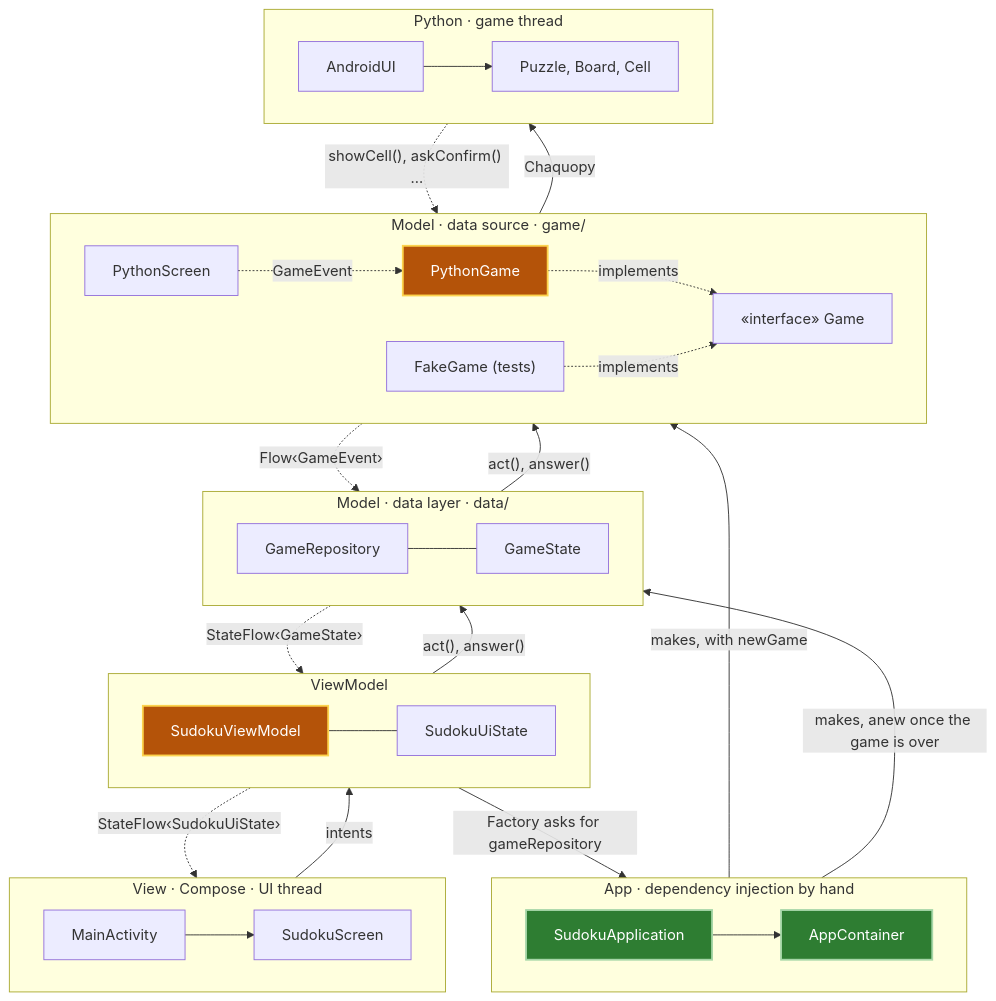
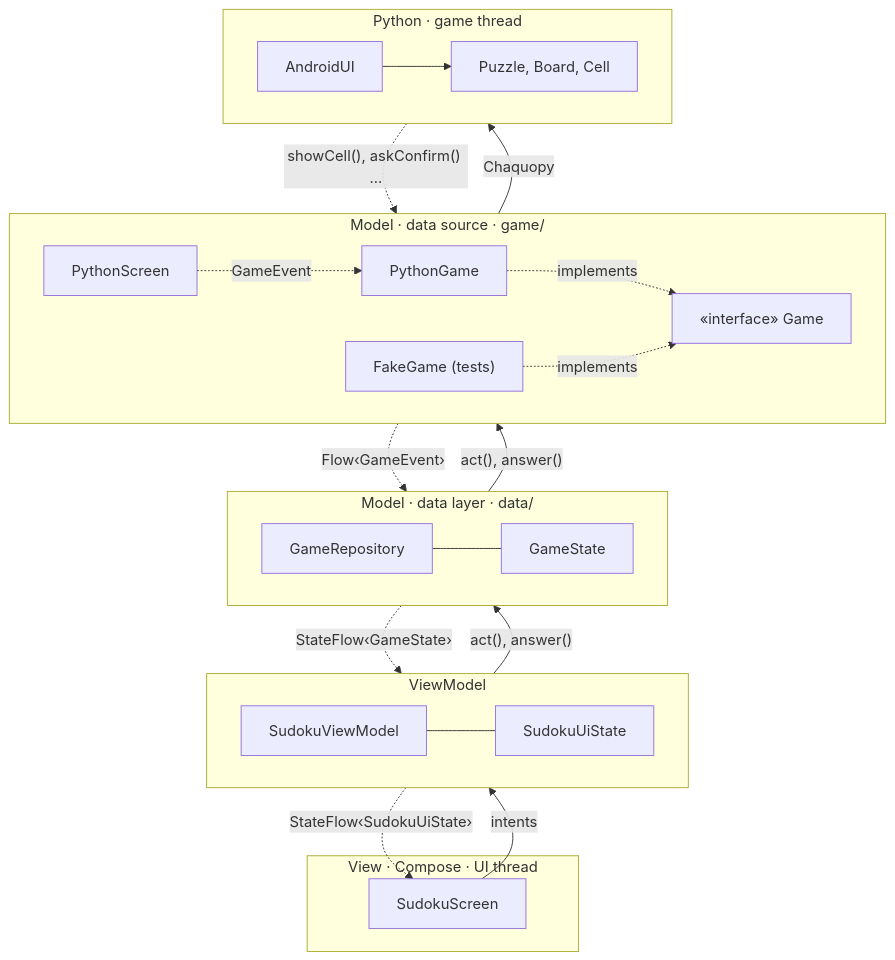
One commit to aivanov61/sudoku-solver changed the fourth of 5 diagrams in android/docs/architecture.md. Above: the diagram before and after it, drawn with Mermaid. The commit also changed other lines of this file and 17 other files, not shown here.

Commit message:
Add a splash screen with the GNU GPL notice, shared with the terminal from ui/copyright.txt and packaged as an asset, shown by its own ViewModel for 5 seconds or until a tap while the game starts behind it

````diff
--- a/android/docs/architecture.md
+++ b/android/docs/architecture.md
@@ -12,52 +129,38 @@
 ```mermaid
 flowchart TB
-    subgraph App["App · dependency injection by hand"]
-        direction LR
-        SudokuApplication --> AppContainer["AppContainer"]
-    end
-
     subgraph View["View · Compose · UI thread"]
-        direction LR
-        MainActivity --> SudokuScreen
+        SudokuScreen
     end
 
     subgraph VM["ViewModel"]
         direction LR
         SudokuViewModel --- SudokuUiState
     end
 
     subgraph DataLayer["Model · data layer · data/"]
         direction LR
         GameRepository --- GameState
     end
 
     subgraph DataSource["Model · data source · game/"]
         direction LR
         PythonGame -. implements .-> Game["«interface» Game"]
         FakeGame["FakeGame (tests)"] -. implements .-> Game
         PythonScreen
     end
 
     subgraph Python["Python · game thread"]
         direction LR
         AndroidUI --> Puzzle["Puzzle, Board, Cell"]
     end
 
     SudokuScreen -- "intents" --> SudokuViewModel
     SudokuViewModel -. "StateFlow‹SudokuUiState›" .-> SudokuScreen
     SudokuViewModel -- "act(), answer()" --> GameRepository
     GameRepository -. "StateFlow‹GameState›" .-> SudokuViewModel
     GameRepository -- "act(), answer()" --> Game
     Game -. "Flow‹GameEvent›" .-> GameRepository
     PythonGame -- "Chaquopy" --> AndroidUI
     AndroidUI -. "showCell(), askConfirm() …" .-> PythonScreen
     PythonScreen -. "GameEvent" .-> PythonGame
-    SudokuViewModel -- "Factory asks for gameRepository" --> AppContainer
-    AppContainer -- "makes, anew once the game is over" --> GameRepository
-    AppContainer -- "makes, with newGame" --> PythonGame
-
-    classDef new fill:#2e7d32,stroke:#a5d6a7,stroke-width:2px,color:#ffffff
-    classDef changed fill:#b45309,stroke:#fcd34d,stroke-width:2px,color:#ffffff
-    class SudokuApplication,AppContainer new
-    class SudokuViewModel,PythonGame changed
 ```
````
